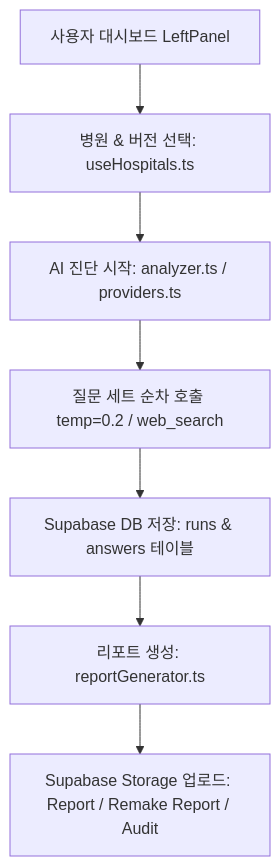
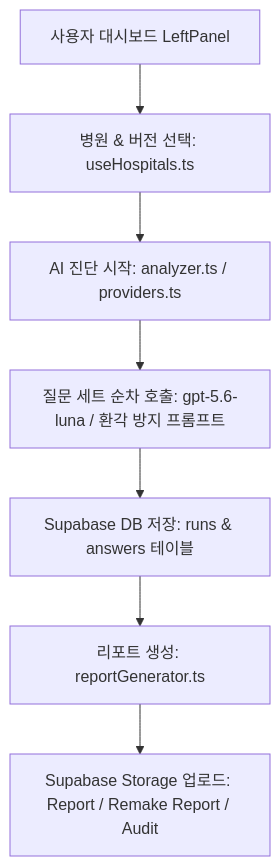
The diagram in mdFile/Context.md (yujinit2005-png/lua_visibility), drawn with Mermaid before and after one commit. The commit also changed other lines of this file and 4 other files, not shown here.

````diff
--- a/mdFile/Context.md
+++ b/mdFile/Context.md
@@ -83,9 +87,9 @@
 ```mermaid
 flowchart TD
     A[사용자 대시보드 LeftPanel] --> B[병원 & 버전 선택: useHospitals.ts]
     B --> C[AI 진단 시작: analyzer.ts / providers.ts]
-    C --> D[질문 세트 순차 호출 temp=0.2 / web_search]
+    C --> D[질문 세트 순차 호출: gpt-5.6-luna / 환각 방지 프롬프트]
     D --> E[Supabase DB 저장: runs & answers 테이블]
     E --> F[리포트 생성: reportGenerator.ts]
     F --> G[Supabase Storage 업로드: Report / Remake Report / Audit]
 ```
````
